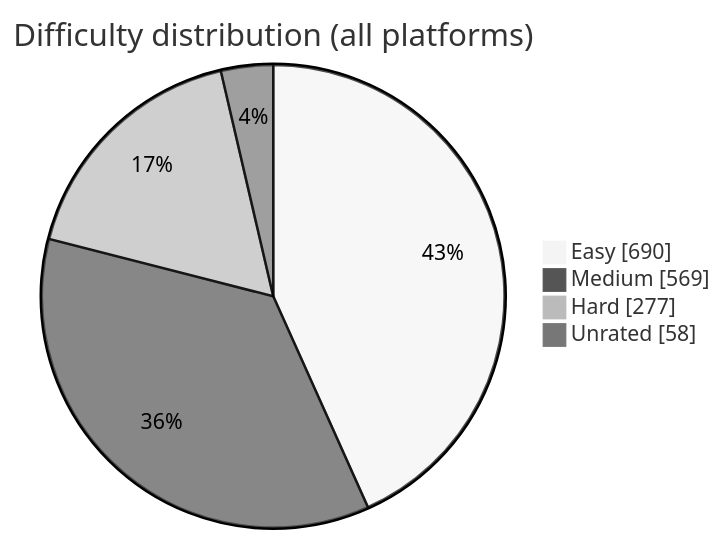
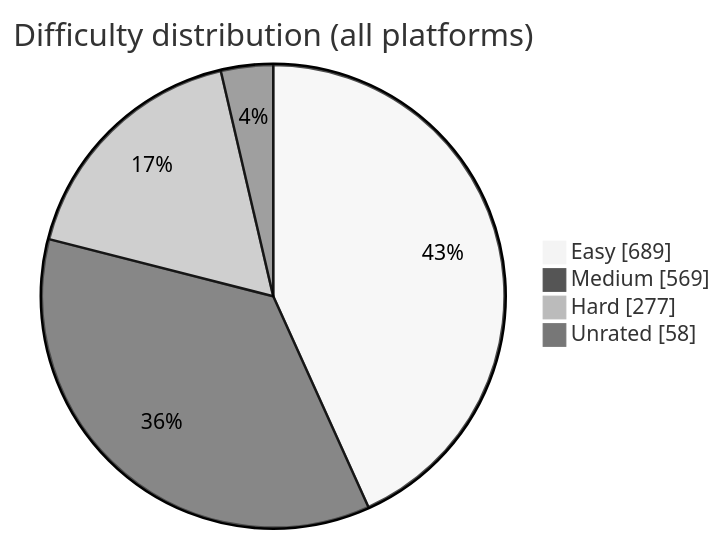
The diagram in README.md (BuildbyArindam/Daily-Coding-Log), drawn with Mermaid (neutral theme) before and after one commit. The commit also changed other lines of this file, not shown here.

````diff
--- a/README.md
+++ b/README.md
@@ -93,7 +93,7 @@
 ```mermaid
 pie showData title Difficulty distribution (all platforms)
-    "Easy" : 690
+    "Easy" : 689
     "Medium" : 569
     "Hard" : 277
     "Unrated" : 58
 ```
````
